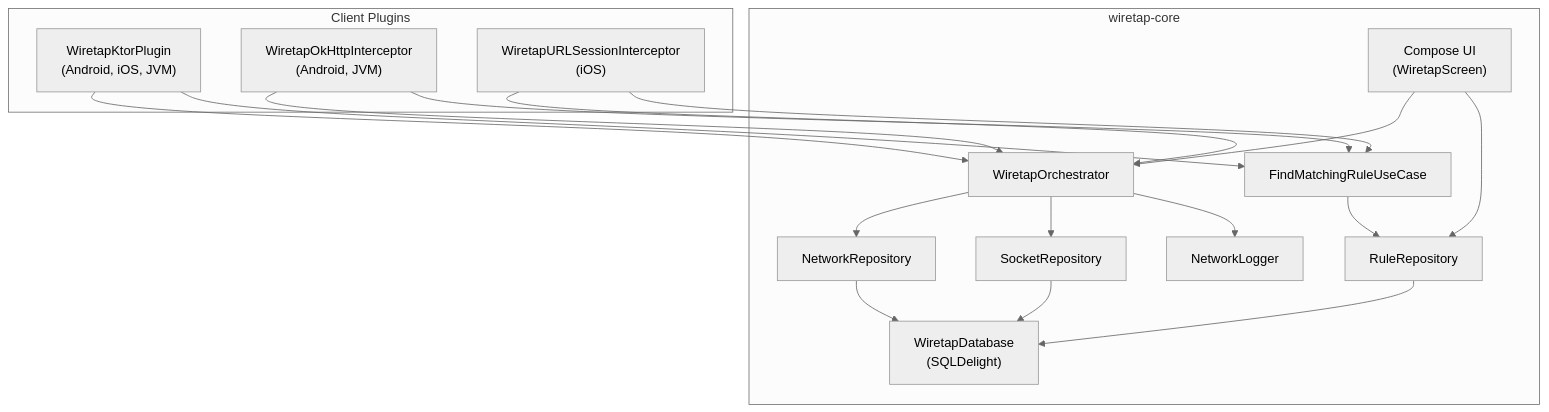
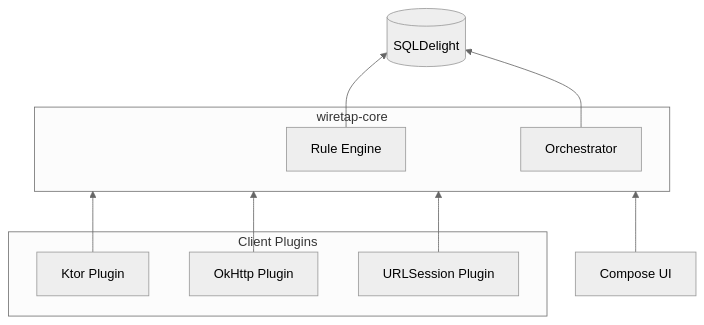
The diagram in docs/architecture/overview.md (skymansandy/wiretapKMP), drawn with Mermaid (neutral theme) before and after one commit. The commit also changed other lines of this file and 36 other files, not shown here.

````diff
--- a/docs/architecture/overview.md
+++ b/docs/architecture/overview.md
@@ -7,38 +7,23 @@
 ```mermaid
-flowchart TD
-    subgraph Plugins["Client Plugins"]
-        KtorPlugin["WiretapKtorPlugin<br/>(Android, iOS, JVM)"]
-        OkHttpPlugin["WiretapOkHttpInterceptor<br/>(Android, JVM)"]
-        URLSessionPlugin["WiretapURLSessionInterceptor<br/>(iOS)"]
+flowchart BT
+    DB[("SQLDelight")]
+    UI["Compose UI"]
+
+    subgraph Core["wiretap-core"]
+        Rules["Rule Engine"]
+        Orchestrator
     end
 
-    subgraph Core["wiretap-core"]
-        Orchestrator["WiretapOrchestrator"]
-        RuleEval["FindMatchingRuleUseCase"]
-        NetworkRepo["NetworkRepository"]
-        SocketRepo["SocketRepository"]
-        RuleRepo["RuleRepository"]
-        Logger["NetworkLogger"]
-        DB["WiretapDatabase<br/>(SQLDelight)"]
-        UI["Compose UI<br/>(WiretapScreen)"]
+    subgraph Plugins["Client Plugins"]
+        Ktor["Ktor Plugin"]
+        OkHttp["OkHttp Plugin"]
+        URLSession["URLSession Plugin"]
     end
 
-    KtorPlugin --> Orchestrator
-    KtorPlugin --> RuleEval
-    OkHttpPlugin --> Orchestrator
-    OkHttpPlugin --> RuleEval
-    URLSessionPlugin --> Orchestrator
-    URLSessionPlugin --> RuleEval
-
-    Orchestrator --> NetworkRepo
-    Orchestrator --> SocketRepo
-    Orchestrator --> Logger
-    RuleEval --> RuleRepo
-
-    NetworkRepo --> DB
-    SocketRepo --> DB
-    RuleRepo --> DB
-
-    UI --> Orchestrator
-    UI --> RuleRepo
+    Ktor --> Core
+    OkHttp --> Core
+    URLSession --> Core
+    Rules --> DB
+    Orchestrator --> DB
+    UI --> Core
 ```
````
